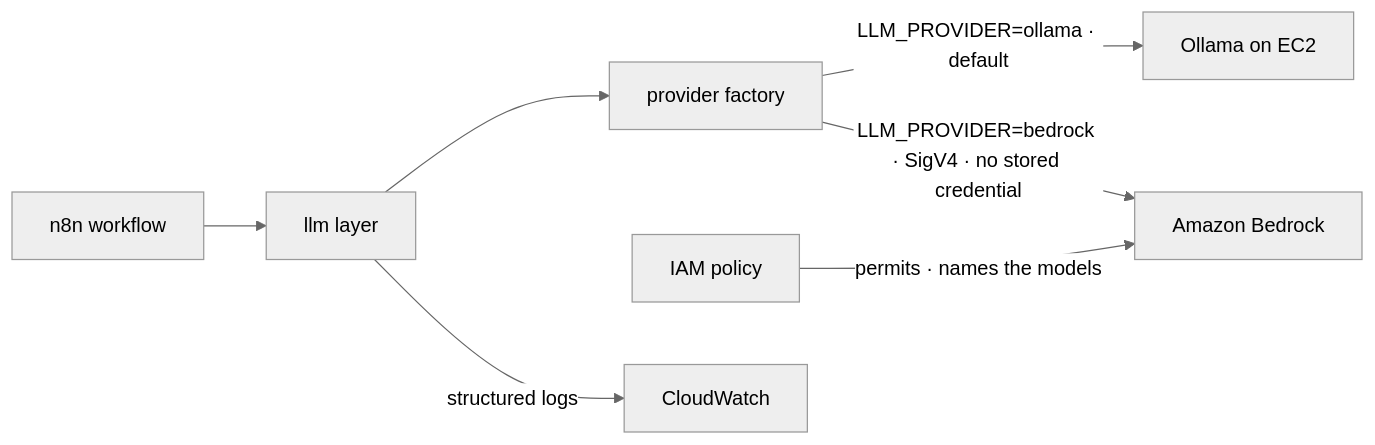
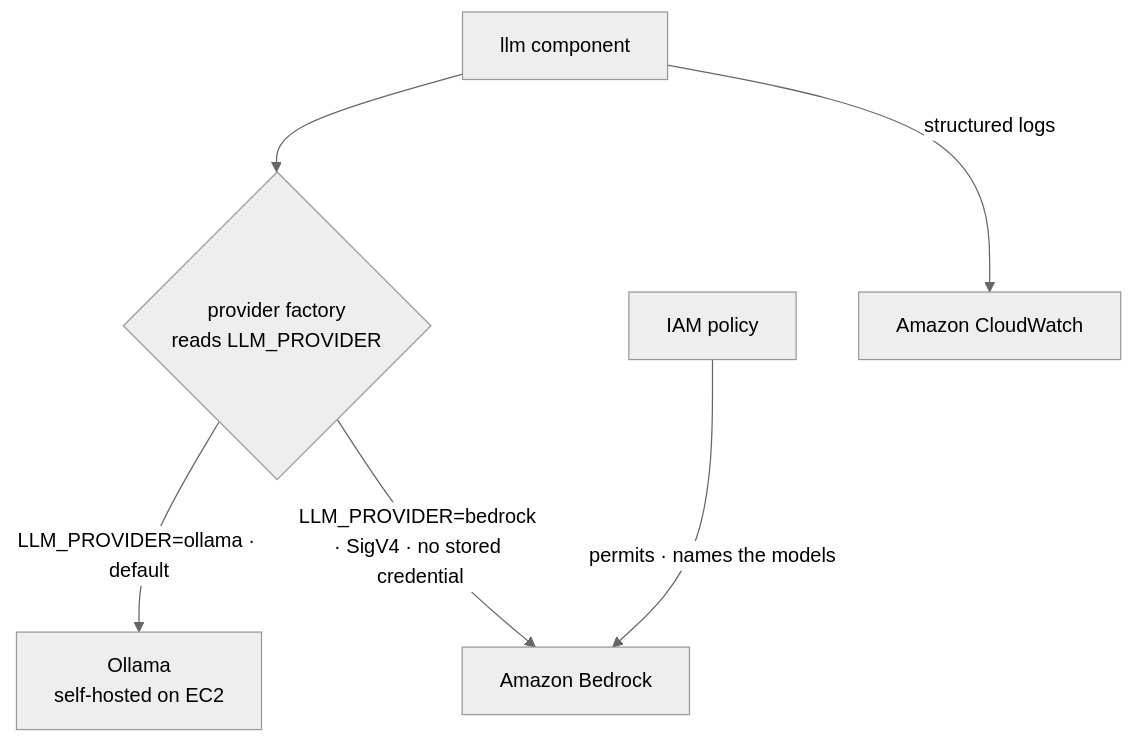
Before and after one commit to teddynted/ai-github-repository-blog-generator: the diagram in output/releases/v0.10.0/blog.md, drawn with Mermaid (neutral theme). The commit also changed other lines of this file and 7 other files, not shown here.

````diff
--- a/output/releases/v0.10.0/blog.md
+++ b/output/releases/v0.10.0/blog.md
@@ -41,9 +58,8 @@
 ```mermaid
-flowchart LR
-  n8n[n8n workflow] --> llm[llm layer]
-  llm --> factory[provider factory]
-  factory -->|LLM_PROVIDER=ollama · default| ollama[Ollama on EC2]
-  factory -->|LLM_PROVIDER=bedrock · SigV4 · no stored credential| bedrock[Amazon Bedrock]
-  iampol[IAM policy] -->|permits · names the models| bedrock
-  llm -->|structured logs| cw[CloudWatch]
+flowchart TD
+    llm[llm component] --> factory{provider factory<br/>reads LLM_PROVIDER}
+    factory -->|LLM_PROVIDER=ollama · default| ollama[Ollama<br/>self-hosted on EC2]
+    factory -->|LLM_PROVIDER=bedrock · SigV4 · no stored credential| bedrock[Amazon Bedrock]
+    iampol[IAM policy] -->|permits · names the models| bedrock
+    llm -->|structured logs| cw[Amazon CloudWatch]
 ```
````
